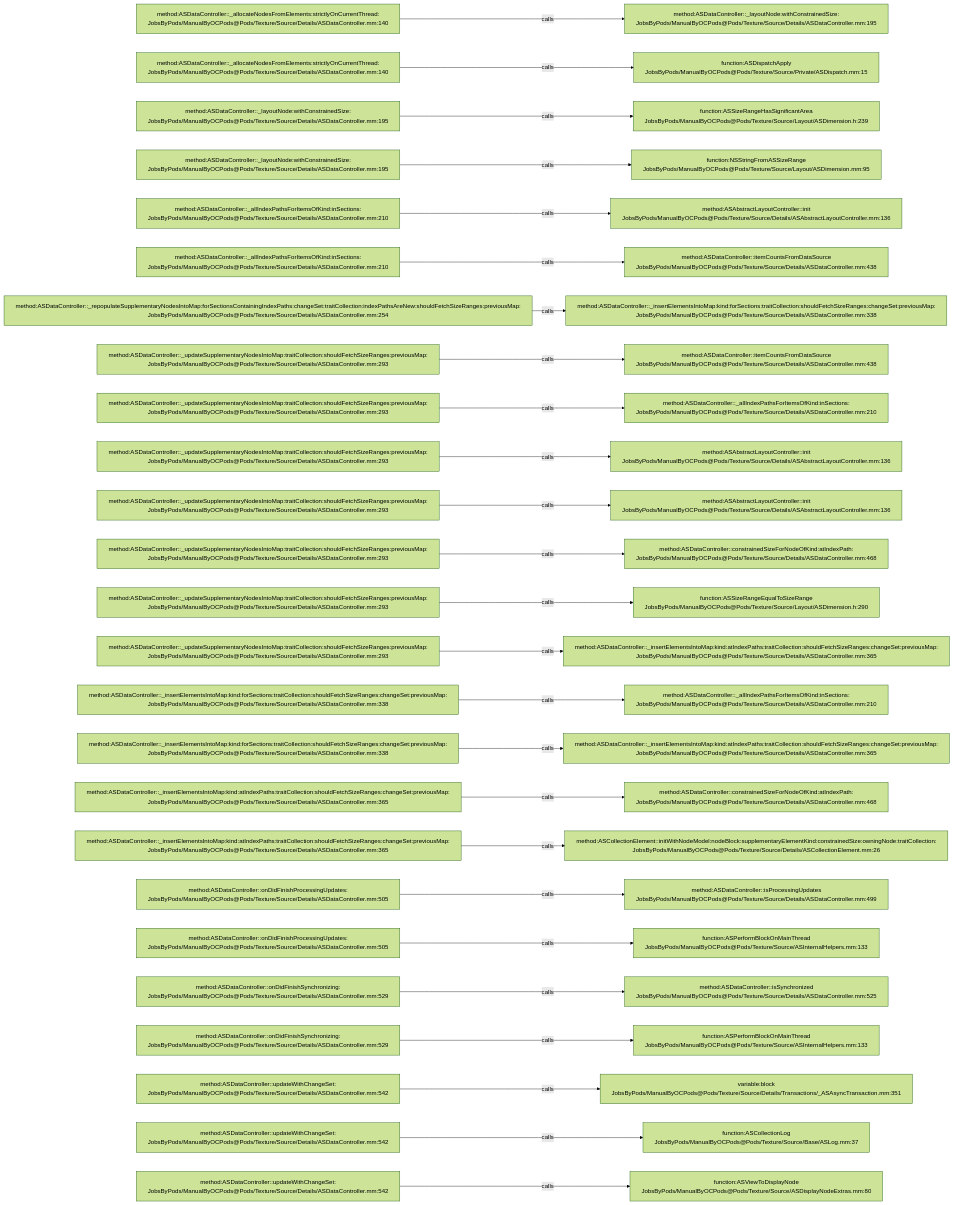
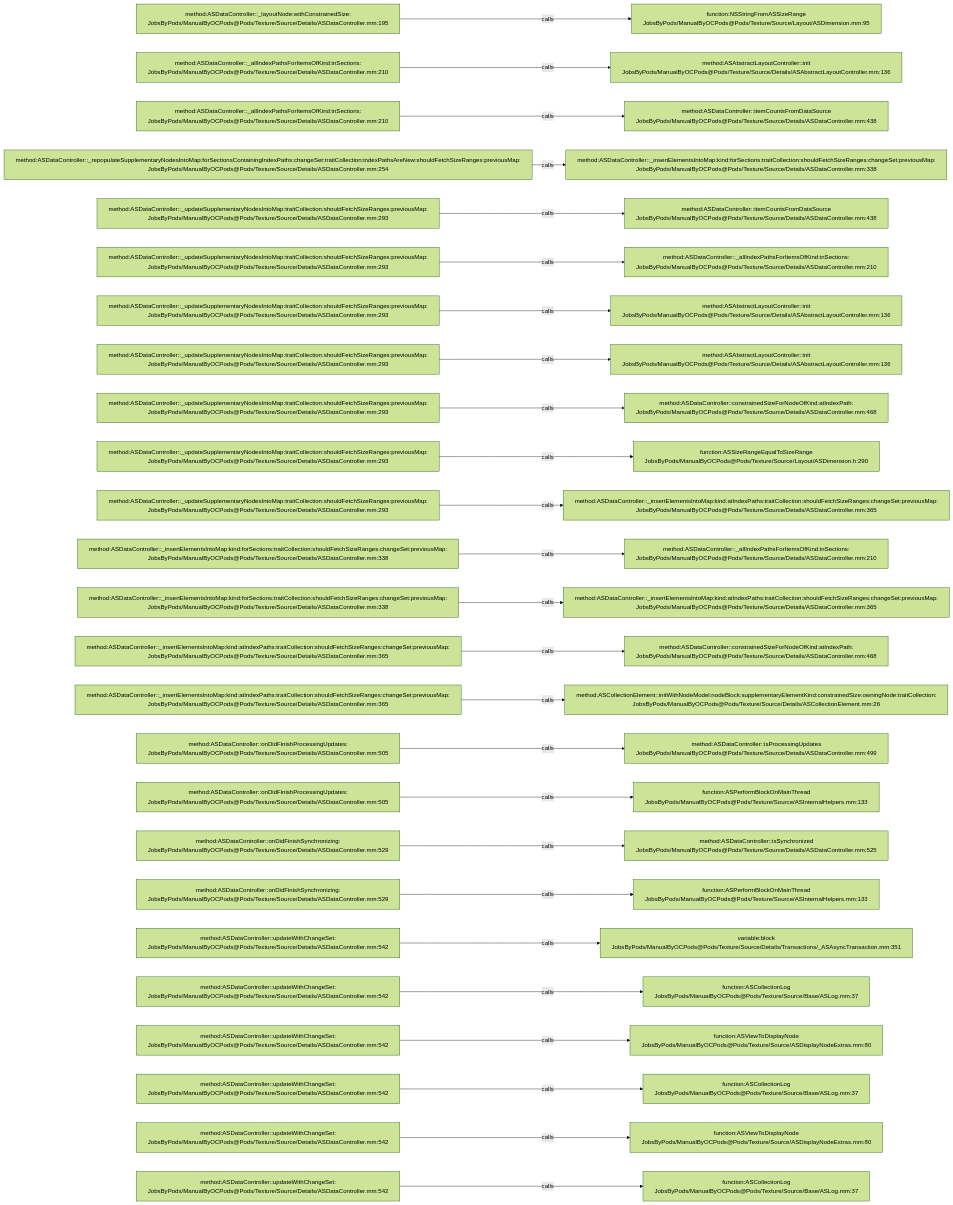
One commit to JobsKits/JobsOCBaseConfigDemo changed the diagram in .codegraph/codegraph.md/graphs/calls-156.md. Above: the diagram before and after it, drawn with Mermaid (forest theme). The commit also changed 342 other files, not shown here.

````diff
--- a/.codegraph/codegraph.md/graphs/calls-156.md
+++ b/.codegraph/codegraph.md/graphs/calls-156.md
@@ -13,78 +13,78 @@
 ```mermaid
 flowchart LR
-  S1["method:ASDataController::_allocateNodesFromElements:strictlyOnCurrentThread:<br/>JobsByPods/ManualByOCPods@Pods/Texture/Source/Details/ASDataController.mm:140"]
-  T1["method:ASDataController::_layoutNode:withConstrainedSize:<br/>JobsByPods/ManualByOCPods@Pods/Texture/Source/Details/ASDataController.mm:195"]
+  S1["method:ASDataController::_layoutNode:withConstrainedSize:<br/>JobsByPods/ManualByOCPods@Pods/Texture/Source/Details/ASDataController.mm:195"]
+  T1["function:NSStringFromASSizeRange<br/>JobsByPods/ManualByOCPods@Pods/Texture/Source/Layout/ASDimension.mm:95"]
   S1 -->|calls| T1
-  S2["method:ASDataController::_allocateNodesFromElements:strictlyOnCurrentThread:<br/>JobsByPods/ManualByOCPods@Pods/Texture/Source/Details/ASDataController.mm:140"]
-  T2["function:ASDispatchApply<br/>JobsByPods/ManualByOCPods@Pods/Texture/Source/Private/ASDispatch.mm:15"]
+  S2["method:ASDataController::_allIndexPathsForItemsOfKind:inSections:<br/>JobsByPods/ManualByOCPods@Pods/Texture/Source/Details/ASDataController.mm:210"]
+  T2["method:ASAbstractLayoutController::init<br/>JobsByPods/ManualByOCPods@Pods/Texture/Source/Details/ASAbstractLayoutController.mm:136"]
   S2 -->|calls| T2
-  S3["method:ASDataController::_layoutNode:withConstrainedSize:<br/>JobsByPods/ManualByOCPods@Pods/Texture/Source/Details/ASDataController.mm:195"]
-  T3["function:ASSizeRangeHasSignificantArea<br/>JobsByPods/ManualByOCPods@Pods/Texture/Source/Layout/ASDimension.h:239"]
+  S3["method:ASDataController::_allIndexPathsForItemsOfKind:inSections:<br/>JobsByPods/ManualByOCPods@Pods/Texture/Source/Details/ASDataController.mm:210"]
+  T3["method:ASDataController::itemCountsFromDataSource<br/>JobsByPods/ManualByOCPods@Pods/Texture/Source/Details/ASDataController.mm:438"]
   S3 -->|calls| T3
-  S4["method:ASDataController::_layoutNode:withConstrainedSize:<br/>JobsByPods/ManualByOCPods@Pods/Texture/Source/Details/ASDataController.mm:195"]
-  T4["function:NSStringFromASSizeRange<br/>JobsByPods/ManualByOCPods@Pods/Texture/Source/Layout/ASDimension.mm:95"]
+  S4["method:ASDataController::_repopulateSupplementaryNodesIntoMap:forSectionsContainingIndexPaths:changeSet:traitCollection:indexPathsAreNew:shouldFetchSizeRanges:previousMap:<br/>JobsByPods/ManualByOCPods@Pods/Texture/Source/Details/ASDataController.mm:254"]
+  T4["method:ASDataController::_insertElementsIntoMap:kind:forSections:traitCollection:shouldFetchSizeRanges:changeSet:previousMap:<br/>JobsByPods/ManualByOCPods@Pods/Texture/Source/Details/ASDataController.mm:338"]
   S4 -->|calls| T4
-  S5["method:ASDataController::_allIndexPathsForItemsOfKind:inSections:<br/>JobsByPods/ManualByOCPods@Pods/Texture/Source/Details/ASDataController.mm:210"]
-  T5["method:ASAbstractLayoutController::init<br/>JobsByPods/ManualByOCPods@Pods/Texture/Source/Details/ASAbstractLayoutController.mm:136"]
+  S5["method:ASDataController::_updateSupplementaryNodesIntoMap:traitCollection:shouldFetchSizeRanges:previousMap:<br/>JobsByPods/ManualByOCPods@Pods/Texture/Source/Details/ASDataController.mm:293"]
+  T5["method:ASDataController::itemCountsFromDataSource<br/>JobsByPods/ManualByOCPods@Pods/Texture/Source/Details/ASDataController.mm:438"]
   S5 -->|calls| T5
-  S6["method:ASDataController::_allIndexPathsForItemsOfKind:inSections:<br/>JobsByPods/ManualByOCPods@Pods/Texture/Source/Details/ASDataController.mm:210"]
-  T6["method:ASDataController::itemCountsFromDataSource<br/>JobsByPods/ManualByOCPods@Pods/Texture/Source/Details/ASDataController.mm:438"]
+  S6["method:ASDataController::_updateSupplementaryNodesIntoMap:traitCollection:shouldFetchSizeRanges:previousMap:<br/>JobsByPods/ManualByOCPods@Pods/Texture/Source/Details/ASDataController.mm:293"]
+  T6["method:ASDataController::_allIndexPathsForItemsOfKind:inSections:<br/>JobsByPods/ManualByOCPods@Pods/Texture/Source/Details/ASDataController.mm:210"]
   S6 -->|calls| T6
-  S7["method:ASDataController::_repopulateSupplementaryNodesIntoMap:forSectionsContainingIndexPaths:changeSet:traitCollection:indexPathsAreNew:shouldFetchSizeRanges:previousMap:<br/>JobsByPods/ManualByOCPods@Pods/Texture/Source/Details/ASDataController.mm:254"]
-  T7["method:ASDataController::_insertElementsIntoMap:kind:forSections:traitCollection:shouldFetchSizeRanges:changeSet:previousMap:<br/>JobsByPods/ManualByOCPods@Pods/Texture/Source/Details/ASDataController.mm:338"]
+  S7["method:ASDataController::_updateSupplementaryNodesIntoMap:traitCollection:shouldFetchSizeRanges:previousMap:<br/>JobsByPods/ManualByOCPods@Pods/Texture/Source/Details/ASDataController.mm:293"]
+  T7["method:ASAbstractLayoutController::init<br/>JobsByPods/ManualByOCPods@Pods/Texture/Source/Details/ASAbstractLayoutController.mm:136"]
   S7 -->|calls| T7
   S8["method:ASDataController::_updateSupplementaryNodesIntoMap:traitCollection:shouldFetchSizeRanges:previousMap:<br/>JobsByPods/ManualByOCPods@Pods/Texture/Source/Details/ASDataController.mm:293"]
-  T8["method:ASDataController::itemCountsFromDataSource<br/>JobsByPods/ManualByOCPods@Pods/Texture/Source/Details/ASDataController.mm:438"]
+  T8["method:ASAbstractLayoutController::init<br/>JobsByPods/ManualByOCPods@Pods/Texture/Source/Details/ASAbstractLayoutController.mm:136"]
   S8 -->|calls| T8
   S9["method:ASDataController::_updateSupplementaryNodesIntoMap:traitCollection:shouldFetchSizeRanges:previousMap:<br/>JobsByPods/ManualByOCPods@Pods/Texture/Source/Details/ASDataController.mm:293"]
-  T9["method:ASDataController::_allIndexPathsForItemsOfKind:inSections:<br/>JobsByPods/ManualByOCPods@Pods/Texture/Source/Details/ASDataController.mm:210"]
+  T9["method:ASDataController::constrainedSizeForNodeOfKind:atIndexPath:<br/>JobsByPods/ManualByOCPods@Pods/Texture/Source/Details/ASDataController.mm:468"]
   S9 -->|calls| T9
   S10["method:ASDataController::_updateSupplementaryNodesIntoMap:traitCollection:shouldFetchSizeRanges:previousMap:<br/>JobsByPods/ManualByOCPods@Pods/Texture/Source/Details/ASDataController.mm:293"]
-  T10["method:ASAbstractLayoutController::init<br/>JobsByPods/ManualByOCPods@Pods/Texture/Source/Details/ASAbstractLayoutController.mm:136"]
+  T10["function:ASSizeRangeEqualToSizeRange<br/>JobsByPods/ManualByOCPods@Pods/Texture/Source/Layout/ASDimension.h:290"]
   S10 -->|calls| T10
   S11["method:ASDataController::_updateSupplementaryNodesIntoMap:traitCollection:shouldFetchSizeRanges:previousMap:<br/>JobsByPods/ManualByOCPods@Pods/Texture/Source/Details/ASDataController.mm:293"]
-  T11["method:ASAbstractLayoutController::init<br/>JobsByPods/ManualByOCPods@Pods/Texture/Source/Details/ASAbstractLayoutController.mm:136"]
+  T11["method:ASDataController::_insertElementsIntoMap:kind:atIndexPaths:traitCollection:shouldFetchSizeRanges:changeSet:previousMap:<br/>JobsByPods/ManualByOCPods@Pods/Texture/Source/Details/ASDataController.mm:365"]
   S11 -->|calls| T11
-  S12["method:ASDataController::_updateSupplementaryNodesIntoMap:traitCollection:shouldFetchSizeRanges:previousMap:<br/>JobsByPods/ManualByOCPods@Pods/Texture/Source/Details/ASDataController.mm:293"]
-  T12["method:ASDataController::constrainedSizeForNodeOfKind:atIndexPath:<br/>JobsByPods/ManualByOCPods@Pods/Texture/Source/Details/ASDataController.mm:468"]
+  S12["method:ASDataController::_insertElementsIntoMap:kind:forSections:traitCollection:shouldFetchSizeRanges:changeSet:previousMap:<br/>JobsByPods/ManualByOCPods@Pods/Texture/Source/Details/ASDataController.mm:338"]
+  T12["method:ASDataController::_allIndexPathsForItemsOfKind:inSections:<br/>JobsByPods/ManualByOCPods@Pods/Texture/Source/Details/ASDataController.mm:210"]
   S12 -->|calls| T12
-  S13["method:ASDataController::_updateSupplementaryNodesIntoMap:traitCollection:shouldFetchSizeRanges:previousMap:<br/>JobsByPods/ManualByOCPods@Pods/Texture/Source/Details/ASDataController.mm:293"]
-  T13["function:ASSizeRangeEqualToSizeRange<br/>JobsByPods/ManualByOCPods@Pods/Texture/Source/Layout/ASDimension.h:290"]
+  S13["method:ASDataController::_insertElementsIntoMap:kind:forSections:traitCollection:shouldFetchSizeRanges:changeSet:previousMap:<br/>JobsByPods/ManualByOCPods@Pods/Texture/Source/Details/ASDataController.mm:338"]
+  T13["method:ASDataController::_insertElementsIntoMap:kind:atIndexPaths:traitCollection:shouldFetchSizeRanges:changeSet:previousMap:<br/>JobsByPods/ManualByOCPods@Pods/Texture/Source/Details/ASDataController.mm:365"]
   S13 -->|calls| T13
-  S14["method:ASDataController::_updateSupplementaryNodesIntoMap:traitCollection:shouldFetchSizeRanges:previousMap:<br/>JobsByPods/ManualByOCPods@Pods/Texture/Source/Details/ASDataController.mm:293"]
-  T14["method:ASDataController::_insertElementsIntoMap:kind:atIndexPaths:traitCollection:shouldFetchSizeRanges:changeSet:previousMap:<br/>JobsByPods/ManualByOCPods@Pods/Texture/Source/Details/ASDataController.mm:365"]
+  S14["method:ASDataController::_insertElementsIntoMap:kind:atIndexPaths:traitCollection:shouldFetchSizeRanges:changeSet:previousMap:<br/>JobsByPods/ManualByOCPods@Pods/Texture/Source/Details/ASDataController.mm:365"]
+  T14["method:ASDataController::constrainedSizeForNodeOfKind:atIndexPath:<br/>JobsByPods/ManualByOCPods@Pods/Texture/Source/Details/ASDataController.mm:468"]
   S14 -->|calls| T14
-  S15["method:ASDataController::_insertElementsIntoMap:kind:forSections:traitCollection:shouldFetchSizeRanges:changeSet:previousMap:<br/>JobsByPods/ManualByOCPods@Pods/Texture/Source/Details/ASDataController.mm:338"]
-  T15["method:ASDataController::_allIndexPathsForItemsOfKind:inSections:<br/>JobsByPods/ManualByOCPods@Pods/Texture/Source/Details/ASDataController.mm:210"]
+  S15["method:ASDataController::_insertElementsIntoMap:kind:atIndexPaths:traitCollection:shouldFetchSizeRanges:changeSet:previousMap:<br/>JobsByPods/ManualByOCPods@Pods/Texture/Source/Details/ASDataController.mm:365"]
+  T15["method:ASCollectionElement::initWithNodeModel:nodeBlock:supplementaryElementKind:constrainedSize:owningNode:traitCollection:<br/>JobsByPods/ManualByOCPods@Pods/Texture/Source/Details/ASCollectionElement.mm:26"]
   S15 -->|calls| T15
-  S16["method:ASDataController::_insertElementsIntoMap:kind:forSections:traitCollection:shouldFetchSizeRanges:changeSet:previousMap:<br/>JobsByPods/ManualByOCPods@Pods/Texture/Source/Details/ASDataController.mm:338"]
-  T16["method:ASDataController::_insertElementsIntoMap:kind:atIndexPaths:traitCollection:shouldFetchSizeRanges:changeSet:previousMap:<br/>JobsByPods/ManualByOCPods@Pods/Texture/Source/Details/ASDataController.mm:365"]
+  S16["method:ASDataController::onDidFinishProcessingUpdates:<br/>JobsByPods/ManualByOCPods@Pods/Texture/Source/Details/ASDataController.mm:505"]
+  T16["method:ASDataController::isProcessingUpdates<br/>JobsByPods/ManualByOCPods@Pods/Texture/Source/Details/ASDataController.mm:499"]
   S16 -->|calls| T16
-  S17["method:ASDataController::_insertElementsIntoMap:kind:atIndexPaths:traitCollection:shouldFetchSizeRanges:changeSet:previousMap:<br/>JobsByPods/ManualByOCPods@Pods/Texture/Source/Details/ASDataController.mm:365"]
-  T17["method:ASDataController::constrainedSizeForNodeOfKind:atIndexPath:<br/>JobsByPods/ManualByOCPods@Pods/Texture/Source/Details/ASDataController.mm:468"]
+  S17["method:ASDataController::onDidFinishProcessingUpdates:<br/>JobsByPods/ManualByOCPods@Pods/Texture/Source/Details/ASDataController.mm:505"]
+  T17["function:ASPerformBlockOnMainThread<br/>JobsByPods/ManualByOCPods@Pods/Texture/Source/ASInternalHelpers.mm:133"]
   S17 -->|calls| T17
-  S18["method:ASDataController::_insertElementsIntoMap:kind:atIndexPaths:traitCollection:shouldFetchSizeRanges:changeSet:previousMap:<br/>JobsByPods/ManualByOCPods@Pods/Texture/Source/Details/ASDataController.mm:365"]
-  T18["method:ASCollectionElement::initWithNodeModel:nodeBlock:supplementaryElementKind:constrainedSize:owningNode:traitCollection:<br/>JobsByPods/ManualByOCPods@Pods/Texture/Source/Details/ASCollectionElement.mm:26"]
+  S18["method:ASDataController::onDidFinishSynchronizing:<br/>JobsByPods/ManualByOCPods@Pods/Texture/Source/Details/ASDataController.mm:529"]
+  T18["method:ASDataController::isSynchronized<br/>JobsByPods/ManualByOCPods@Pods/Texture/Source/Details/ASDataController.mm:525"]
   S18 -->|calls| T18
-  S19["method:ASDataController::onDidFinishProcessingUpdates:<br/>JobsByPods/ManualByOCPods@Pods/Texture/Source/Details/ASDataController.mm:505"]
-  T19["method:ASDataController::isProcessingUpdates<br/>JobsByPods/ManualByOCPods@Pods/Texture/Source/Details/ASDataController.mm:499"]
+  S19["method:ASDataController::onDidFinishSynchronizing:<br/>JobsByPods/ManualByOCPods@Pods/Texture/Source/Details/ASDataController.mm:529"]
+  T19["function:ASPerformBlockOnMainThread<br/>JobsByPods/ManualByOCPods@Pods/Texture/Source/ASInternalHelpers.mm:133"]
   S19 -->|calls| T19
-  S20["method:ASDataController::onDidFinishProcessingUpdates:<br/>JobsByPods/ManualByOCPods@Pods/Texture/Source/Details/ASDataController.mm:505"]
-  T20["function:ASPerformBlockOnMainThread<br/>JobsByPods/ManualByOCPods@Pods/Texture/Source/ASInternalHelpers.mm:133"]
+  S20["method:ASDataController::updateWithChangeSet:<br/>JobsByPods/ManualByOCPods@Pods/Texture/Source/Details/ASDataController.mm:542"]
+  T20["variable:block<br/>JobsByPods/ManualByOCPods@Pods/Texture/Source/Details/Transactions/_ASAsyncTransaction.mm:351"]
   S20 -->|calls| T20
-  S21["method:ASDataController::onDidFinishSynchronizing:<br/>JobsByPods/ManualByOCPods@Pods/Texture/Source/Details/ASDataController.mm:529"]
-  T21["method:ASDataController::isSynchronized<br/>JobsByPods/ManualByOCPods@Pods/Texture/Source/Details/ASDataController.mm:525"]
+  S21["method:ASDataController::updateWithChangeSet:<br/>JobsByPods/ManualByOCPods@Pods/Texture/Source/Details/ASDataController.mm:542"]
+  T21["function:ASCollectionLog<br/>JobsByPods/ManualByOCPods@Pods/Texture/Source/Base/ASLog.mm:37"]
   S21 -->|calls| T21
-  S22["method:ASDataController::onDidFinishSynchronizing:<br/>JobsByPods/ManualByOCPods@Pods/Texture/Source/Details/ASDataController.mm:529"]
-  T22["function:ASPerformBlockOnMainThread<br/>JobsByPods/ManualByOCPods@Pods/Texture/Source/ASInternalHelpers.mm:133"]
+  S22["method:ASDataController::updateWithChangeSet:<br/>JobsByPods/ManualByOCPods@Pods/Texture/Source/Details/ASDataController.mm:542"]
+  T22["function:ASViewToDisplayNode<br/>JobsByPods/ManualByOCPods@Pods/Texture/Source/ASDisplayNodeExtras.mm:80"]
   S22 -->|calls| T22
   S23["method:ASDataController::updateWithChangeSet:<br/>JobsByPods/ManualByOCPods@Pods/Texture/Source/Details/ASDataController.mm:542"]
-  T23["variable:block<br/>JobsByPods/ManualByOCPods@Pods/Texture/Source/Details/Transactions/_ASAsyncTransaction.mm:351"]
+  T23["function:ASCollectionLog<br/>JobsByPods/ManualByOCPods@Pods/Texture/Source/Base/ASLog.mm:37"]
   S23 -->|calls| T23
   S24["method:ASDataController::updateWithChangeSet:<br/>JobsByPods/ManualByOCPods@Pods/Texture/Source/Details/ASDataController.mm:542"]
-  T24["function:ASCollectionLog<br/>JobsByPods/ManualByOCPods@Pods/Texture/Source/Base/ASLog.mm:37"]
+  T24["function:ASViewToDisplayNode<br/>JobsByPods/ManualByOCPods@Pods/Texture/Source/ASDisplayNodeExtras.mm:80"]
   S24 -->|calls| T24
   S25["method:ASDataController::updateWithChangeSet:<br/>JobsByPods/ManualByOCPods@Pods/Texture/Source/Details/ASDataController.mm:542"]
-  T25["function:ASViewToDisplayNode<br/>JobsByPods/ManualByOCPods@Pods/Texture/Source/ASDisplayNodeExtras.mm:80"]
+  T25["function:ASCollectionLog<br/>JobsByPods/ManualByOCPods@Pods/Texture/Source/Base/ASLog.mm:37"]
   S25 -->|calls| T25
 ```
````
